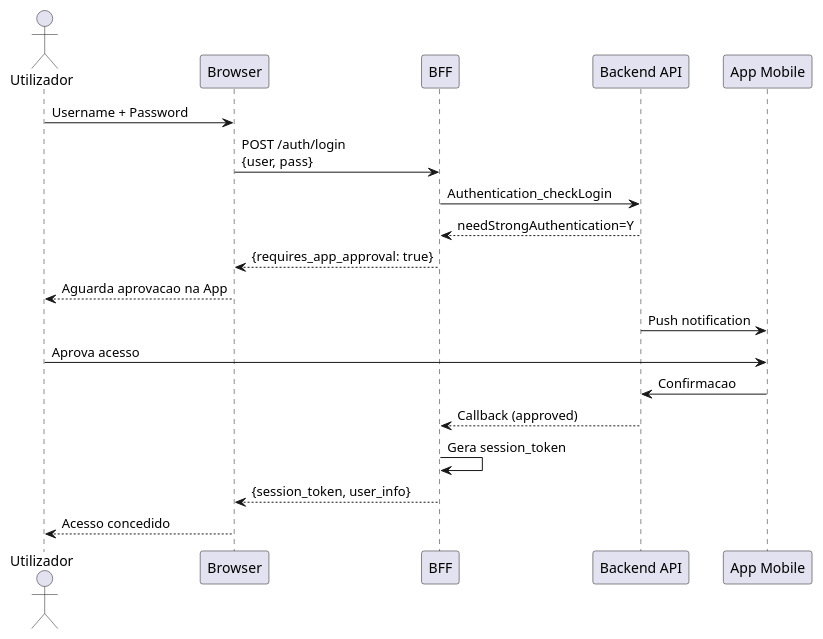
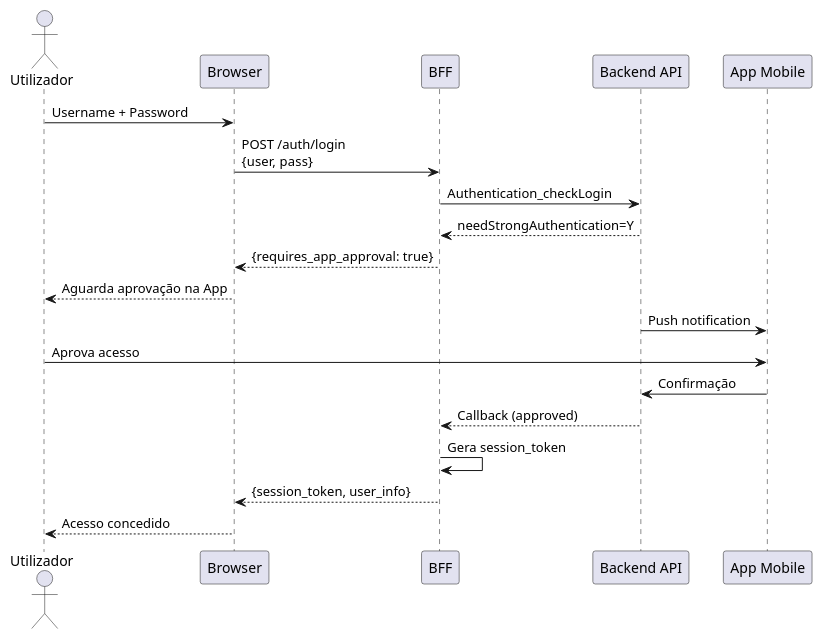
The fourth of 7 diagrams in current/definitions/DEF-05-autenticacao-oauth.md (beduardo/novobanco_website_doc), drawn with PlantUML before and after one commit. The commit also changed other lines of this file and 182 other files, not shown here.

````diff
--- a/current/definitions/DEF-05-autenticacao-oauth.md
+++ b/current/definitions/DEF-05-autenticacao-oauth.md
@@ -208,23 +208,23 @@
 ```plantuml
 @startuml
 actor Utilizador
 participant "Browser" as Web
 participant "BFF" as BFF
 participant "Backend API" as API
 participant "App Mobile" as App
 
 Utilizador -> Web : Username + Password
 Web -> BFF : POST /auth/login\n{user, pass}
 BFF -> API : Authentication_checkLogin
 API --> BFF : needStrongAuthentication=Y
 BFF --> Web : {requires_app_approval: true}
-Web --> Utilizador : Aguarda aprovacao na App
+Web --> Utilizador : Aguarda aprovação na App
 API -> App : Push notification
 Utilizador -> App : Aprova acesso
-App -> API : Confirmacao
+App -> API : Confirmação
 API --> BFF : Callback (approved)
 BFF -> BFF : Gera session_token
 BFF --> Web : {session_token, user_info}
 Web --> Utilizador : Acesso concedido
 @enduml
 ```
````
